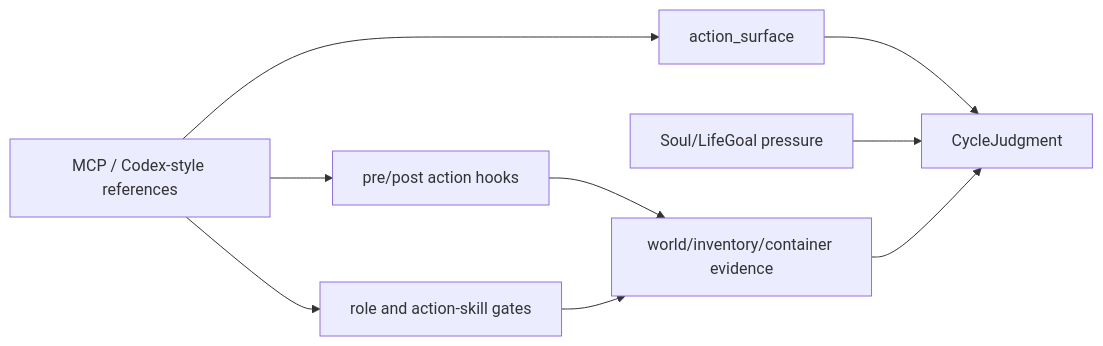
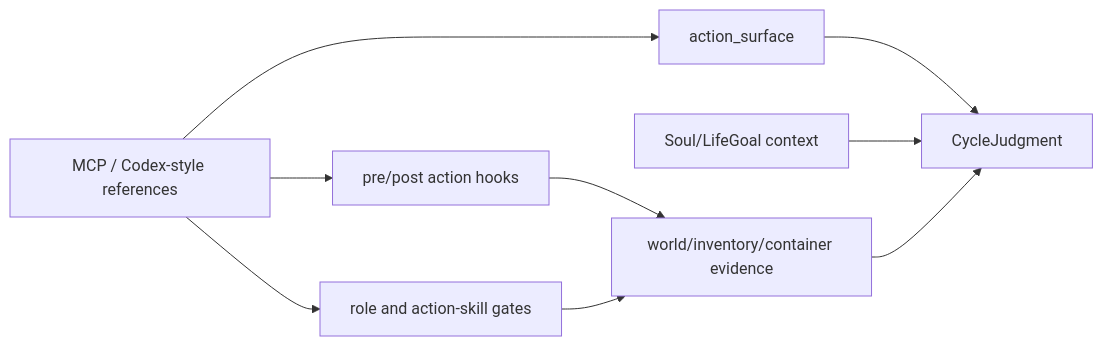
One commit to gigio1023/minecraft-llm-agent-community changed the second of 2 diagrams in docs/blog-doc/Architecture/Future-Works.md. Above: the diagram before and after it, drawn with Mermaid. The commit also changed other lines of this file and 83 other files, not shown here.

Commit message:
runtime: align observation context architecture

````diff
--- a/docs/blog-doc/Architecture/Future-Works.md
+++ b/docs/blog-doc/Architecture/Future-Works.md
@@ -309,19 +309,19 @@
 ```mermaid
 flowchart LR
   References["MCP / Codex-style references"]
   Surface["action_surface"]
   Hooks["pre/post action hooks"]
   Gates["role and action-skill gates"]
   Evidence["world/inventory/container evidence"]
   Judgment["CycleJudgment"]
-  Soul["Soul/LifeGoal pressure"]
+  Soul["Soul/LifeGoal context"]
 
   References --> Surface
   References --> Hooks
   References --> Gates
   Surface --> Judgment
   Hooks --> Evidence
   Gates --> Evidence
   Soul --> Judgment
   Evidence --> Judgment
 ```
````
